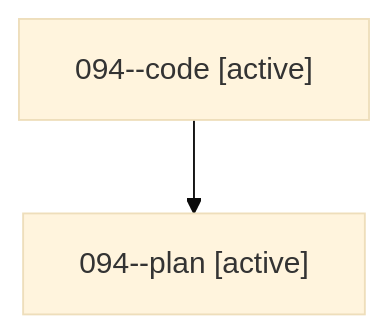
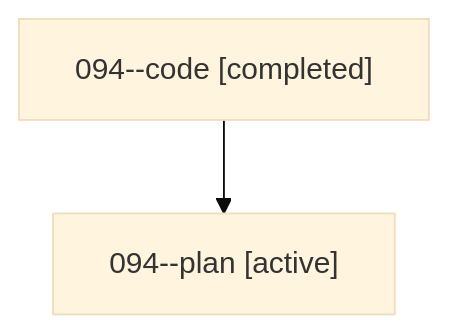
The diagram in families/bbugyi200.athena.094.md (sase-org/sase--agents), drawn with Mermaid (base theme) before and after one commit. The commit also changed other lines of this file and 35830 other files, not shown here.

````diff
--- a/families/bbugyi200.athena.094.md
+++ b/families/bbugyi200.athena.094.md
@@ -9,6 +9,6 @@
 ```mermaid
 flowchart TD
-  n0["094--code [active]"]
+  n0["094--code [completed]"]
   n1["094--plan [active]"]
   n0 --> n1
 ```
````
